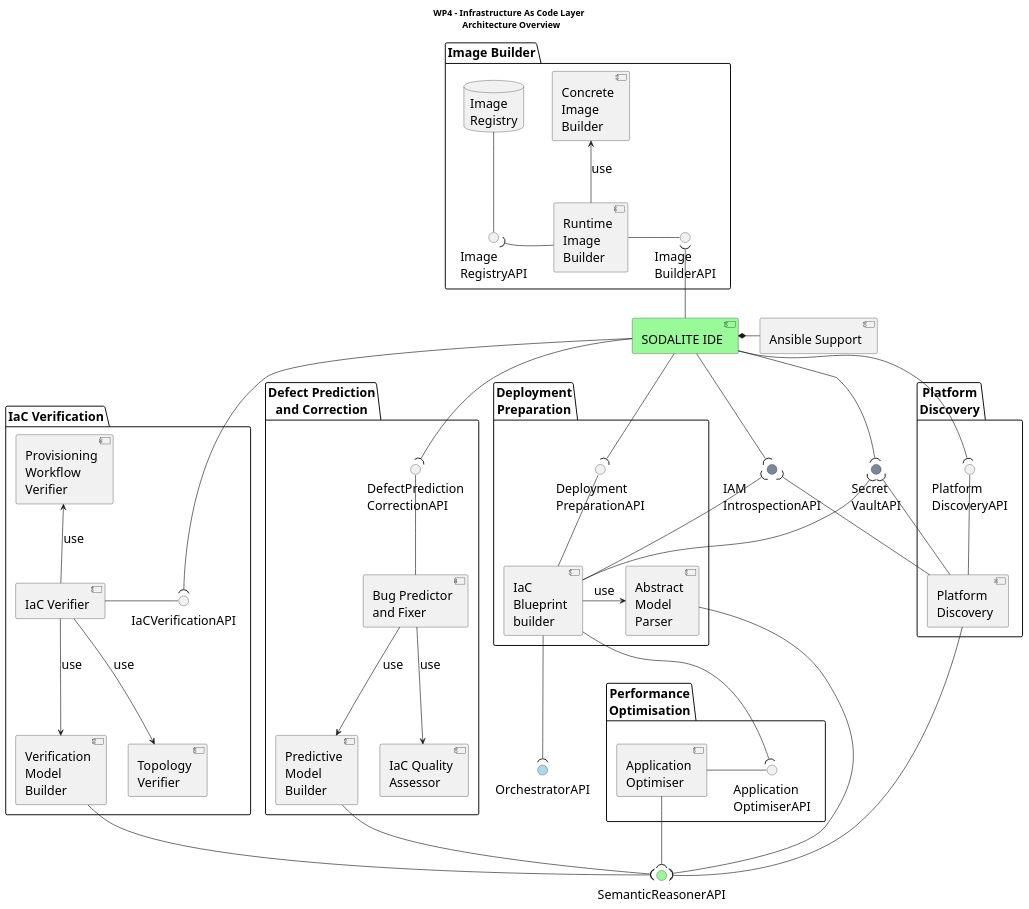
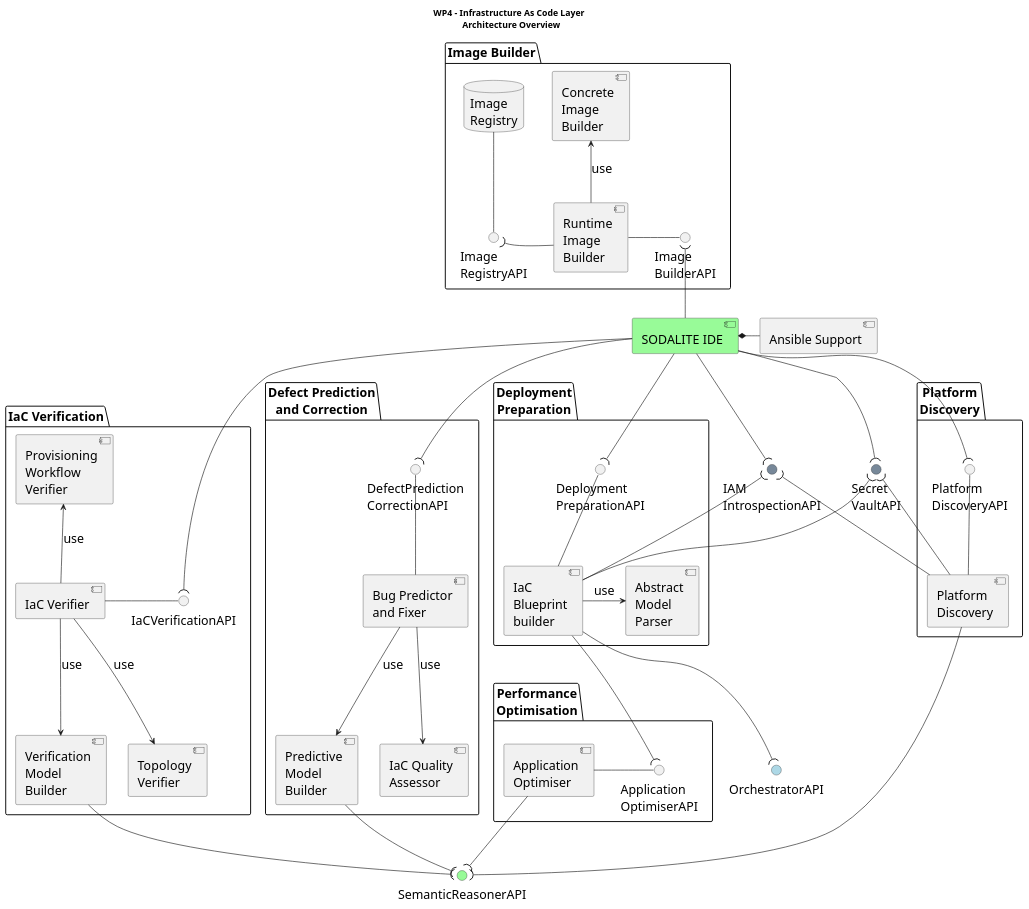
One commit to SODALITE-EU/project-wide-documentation changed the diagram in uml/component-diagrams/CD-WP4-ArchitectureOverview.puml. Above: the diagram before and after it, drawn with PlantUML.

Commit message:
Deleted reference from AbstractParser to SemanticReasoner
Deleted reference from AbstractParser to SemanticReasoner

```diff
--- a/uml/component-diagrams/CD-WP4-ArchitectureOverview.puml
+++ b/uml/component-diagrams/CD-WP4-ArchitectureOverview.puml
@@ -1,100 +1,99 @@
 @startuml
 
 title WP4 - Infrastructure As Code Layer \n Architecture Overview
 
 skinparam fixCircleLabelOverlapping true 
 skinparam defaultFontSize 20
 
 'reference to WP3
 component "SODALITE IDE" as cSIDE #PaleGreen
 component "Ansible Support" as cAnsible
 cSIDE*-r-cAnsible
 
 'Modelling Layer APIs
 interface "SemanticReasonerAPI"  as repoEndpoint #PaleGreen
 
 'security APIs
 interface "Secret\nVaultAPI" as VaultAPI #LightSlateGrey
 interface "IAM\nIntrospectionAPI" as iIAM #LightSlateGrey
 
 'Runtime Layer APIs
 interface "OrchestratorAPI"  as orchEndpoint #LightBlue
 
 'WP4 components and packages
 package "Deployment\nPreparation" as pDP {
     component [Abstract\nModel\nParser] as cAbstractModelParser
     component [IaC\nBlueprint\nbuilder] as cIaCBlueprintBuilder
     cIaCBlueprintBuilder -r-> cAbstractModelParser:use
     interface "Deployment\nPreparationAPI"  as iBluePrintGeneratorAPI
     cIaCBlueprintBuilder -u- iBluePrintGeneratorAPI    
 }
 
 package "Image Builder" {
     component [Runtime\nImage\nBuilder] as cRuntimeImageBuilder
     component [Concrete\nImage\nBuilder] as cConcreteImageBuilder
     interface "Image\nBuilderAPI"  as iRuntimeImageBuilder
     database "Image\nRegistry" as dIR
     interface "Image\nRegistryAPI" as iIRDataAccess
     cRuntimeImageBuilder -r- iRuntimeImageBuilder
     cRuntimeImageBuilder -u-> cConcreteImageBuilder:use
     dIR -- iIRDataAccess
     cRuntimeImageBuilder -l-( iIRDataAccess
 }
 
 package "IaC Verification" as pIV {
     component [IaC Verifier] as cIaCVerifier
     interface "IaCVerificationAPI"  as iIaCVerifier
     cIaCVerifier -r- iIaCVerifier
     component [Verification\nModel\nBuilder] as cVerificationModelBuilder
     component [Topology\nVerifier] as cTopologyVerifier
     component [Provisioning\nWorkflow\nVerifier] as cProvisioningWorkflowVerifier
     cIaCVerifier -d-> cVerificationModelBuilder:use
     cIaCVerifier -d-> cTopologyVerifier:use
     cIaCVerifier -u-> cProvisioningWorkflowVerifier:use
 }
 
 package "Defect Prediction\nand Correction" as pDPC {
     component [Bug Predictor\nand Fixer ] as cBugPredictorAndFixer
     interface "DefectPrediction\nCorrectionAPI"  as iBugPredictorAndFixer
     cBugPredictorAndFixer -u- iBugPredictorAndFixer
     component [Predictive\nModel\nBuilder] as cPredictiveModelBuilder
     component [IaC Quality\nAssessor] as cIaCQualityAssessor
     cBugPredictorAndFixer --> cIaCQualityAssessor:use
     cBugPredictorAndFixer --> cPredictiveModelBuilder:use
 }
 
 package "Performance\nOptimisation" as packagePO {
     component "Application\nOptimiser" as cApplicationOptimiser
     interface "Application\nOptimiserAPI"  as iApplicationOptimiser
     cApplicationOptimiser -r- iApplicationOptimiser
 }
 
 
 package "Platform\nDiscovery" as packagePD {
     component "Platform\nDiscovery" as cPlatformDiscovery
     interface "Platform\nDiscoveryAPI"  as iPlatformDiscovery
     cPlatformDiscovery -u- iPlatformDiscovery
 }
 
-cAbstractModelParser -d-( repoEndpoint
 cSIDE -d-( iBluePrintGeneratorAPI
 cSIDE -d-( iIaCVerifier
 cSIDE -d-( iBugPredictorAndFixer
 cSIDE -d-( iPlatformDiscovery
 cSIDE -d-( iIAM
 cSIDE -d-( VaultAPI
 
 cIaCBlueprintBuilder -d-( iApplicationOptimiser
 cSIDE -u-( iRuntimeImageBuilder
 
 cPredictiveModelBuilder -d-( repoEndpoint
 cVerificationModelBuilder -d-( repoEndpoint
 cApplicationOptimiser -d-( repoEndpoint
 cPlatformDiscovery -d-( repoEndpoint
 
 cPlatformDiscovery -u-( iIAM
 cPlatformDiscovery -u-( VaultAPI
 cIaCBlueprintBuilder -u-( iIAM
 cIaCBlueprintBuilder -u-( VaultAPI
 cIaCBlueprintBuilder -d-( orchEndpoint
 @enduml
```
